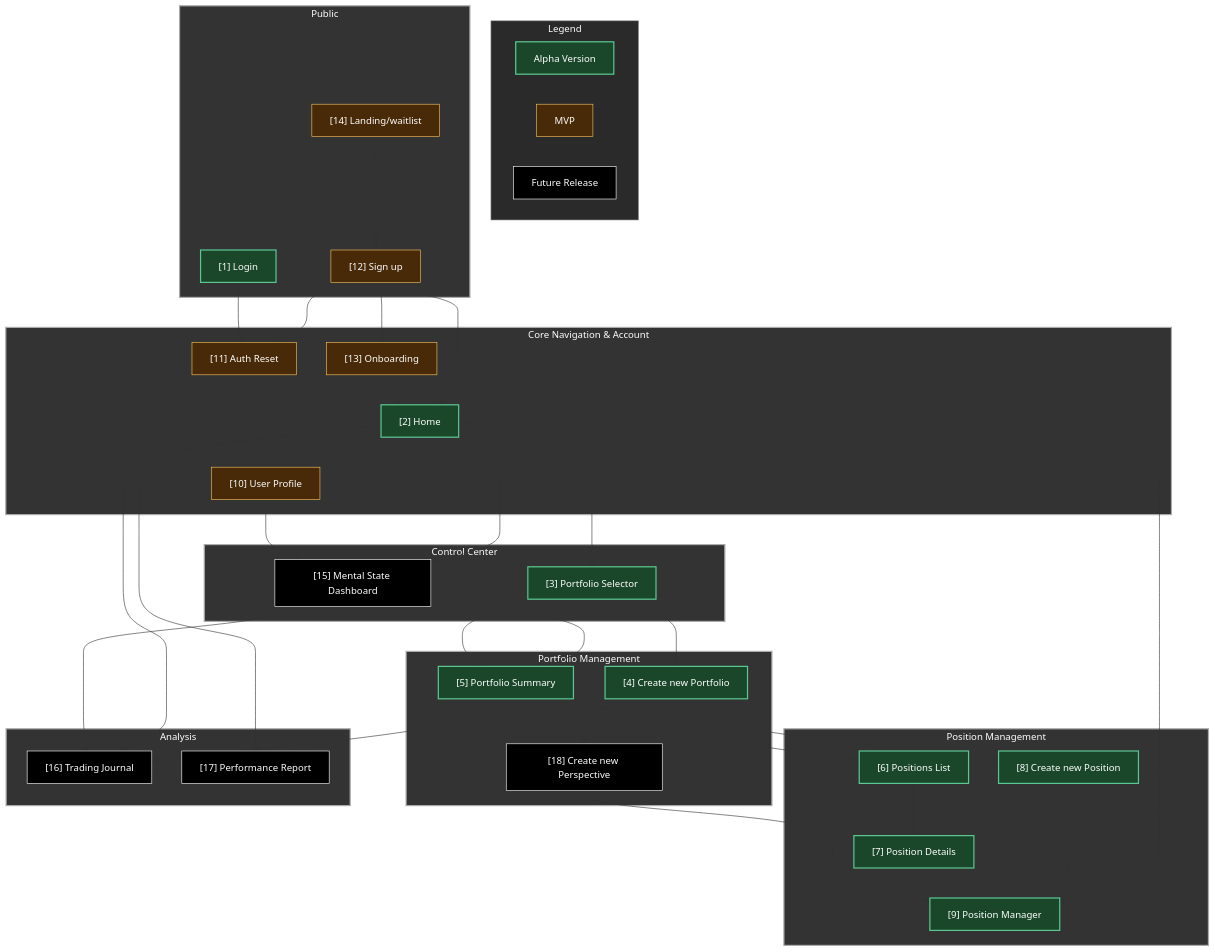
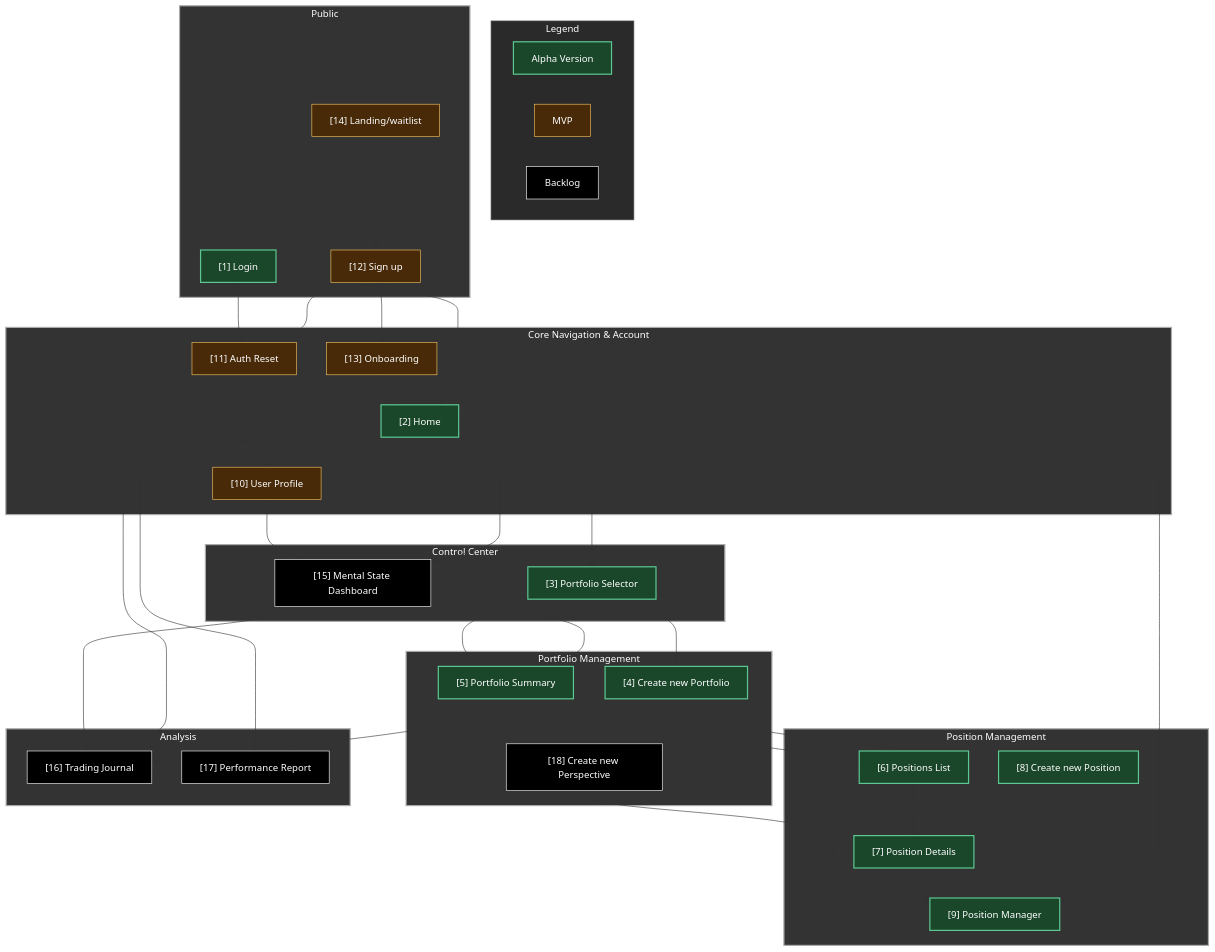
The diagram in .cursor/PRD/sitemap.md (AmetAlvirde/numisma), drawn with Mermaid before and after one commit. The commit also changed 6 other files, not shown here.

````diff
--- a/.cursor/PRD/sitemap.md
+++ b/.cursor/PRD/sitemap.md
@@ -36,7 +36,7 @@
     subgraph legend["Legend"]
         alpha_example["Alpha Version"]:::alpha
         mvp_example["MVP"]:::mvp
-        future_example["Future Release"]:::future
+        backlog_example["Backlog"]:::backlog
     end
 
     %% Subgraphs - defining sections
@@ -125,7 +125,7 @@
     %% Feature set styling
     classDef alpha fill:#1a472a,stroke:#5dc792,color:#fff,stroke-width:2px
     classDef mvp fill:#482a08,stroke:#fac661,color:#fff,stroke-width:1px
-    classDef future fill:#000,stroke:#fff,color:#fff,stroke-width:1px
+    classDef backlog fill:#000,stroke:#fff,color:#fff,stroke-width:1px
 
     %% Apply section styling
     class public,core_nav,nav_tools,portfolio,positions,analysis section
@@ -134,5 +134,5 @@
     %% Apply feature set styling
     class login,home,portfolio_selector,create_portfolio,portfolio_summary,create_position,positions_list,position_details,position_manager alpha
     class landing,signup,auth_reset,onboarding,user_profile mvp
-    class mental_dashboard,create_perspective,trading_journal,performance_report future
+    class mental_dashboard,create_perspective,trading_journal,performance_report backlog
 ```
````
